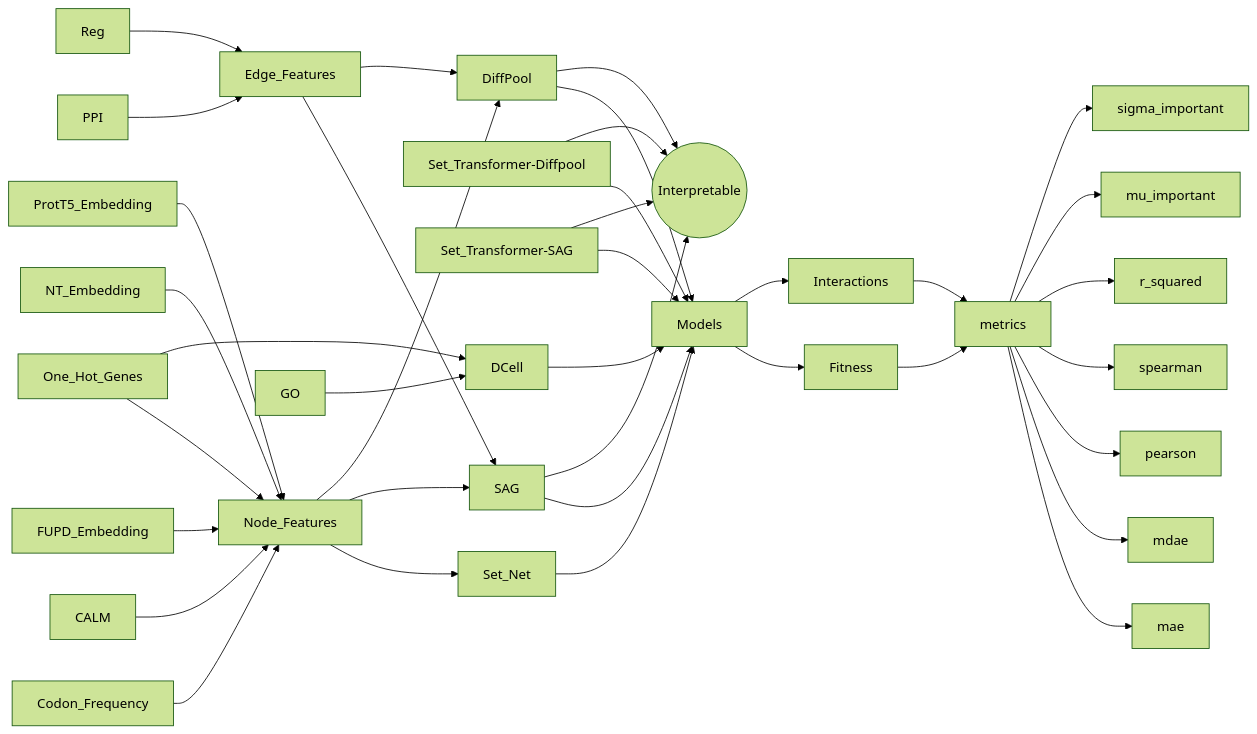
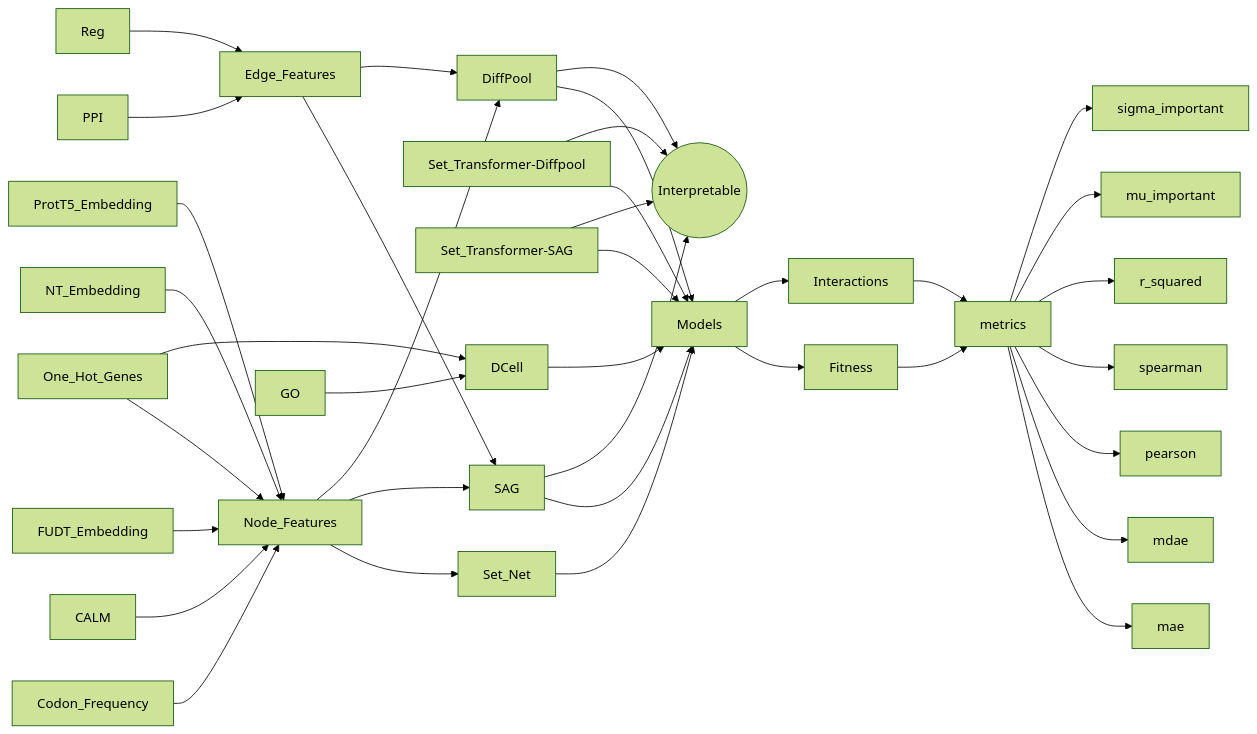
The diagram in notes/paper.outline.dmf-fitness-table.02.md (Mjvolk3/torchcell), drawn with Mermaid (forest theme) before and after one commit. The commit also changed other lines of this file and 48 other files, not shown here.

````diff
--- a/notes/paper.outline.dmf-fitness-table.02.md
+++ b/notes/paper.outline.dmf-fitness-table.02.md
@@ -55,39 +9,39 @@
 ```mermaid
 graph LR
     Set_Net --> Models
     Set_Transformer-Diffpool --> Models
     Set_Transformer-SAG --> Models
     SAG --> Models
     DiffPool --> Models
     One_Hot_Genes --> Node_Features
     Codon_Frequency --> Node_Features
     CALM --> Node_Features
-    FUPD_Embedding --> Node_Features
+    FUDT_Embedding --> Node_Features
     NT_Embedding --> Node_Features
     ProtT5_Embedding --> Node_Features
     Node_Features --> Set_Net
     Node_Features --> SAG
     Node_Features --> DiffPool
     Edge_Features --> SAG
     Edge_Features --> DiffPool
     PPI --> Edge_Features 
     Reg --> Edge_Features 
     GO --> DCell
     One_Hot_Genes --> DCell
     DCell --> Models
     Models --> Fitness
     Models --> Interactions
     Interactions --> metrics
     Fitness --> metrics 
     metrics --> mae
     metrics --> mdae
     metrics --> pearson
     metrics --> spearman
     metrics --> r_squared
     metrics --> mu_important
     metrics --> sigma_important
     SAG --> Interpretable((Interpretable))
     DiffPool --> Interpretable
     Set_Transformer-Diffpool --> Interpretable
     Set_Transformer-SAG --> Interpretable
 ```
````
